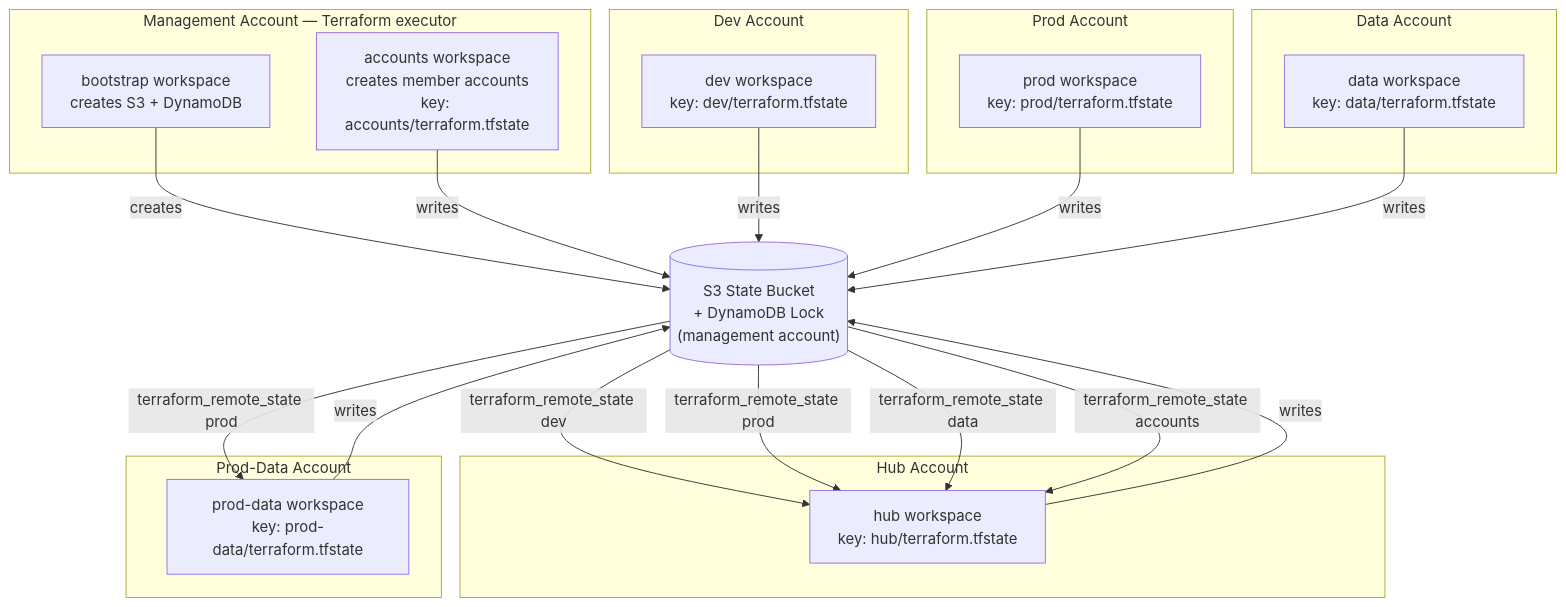
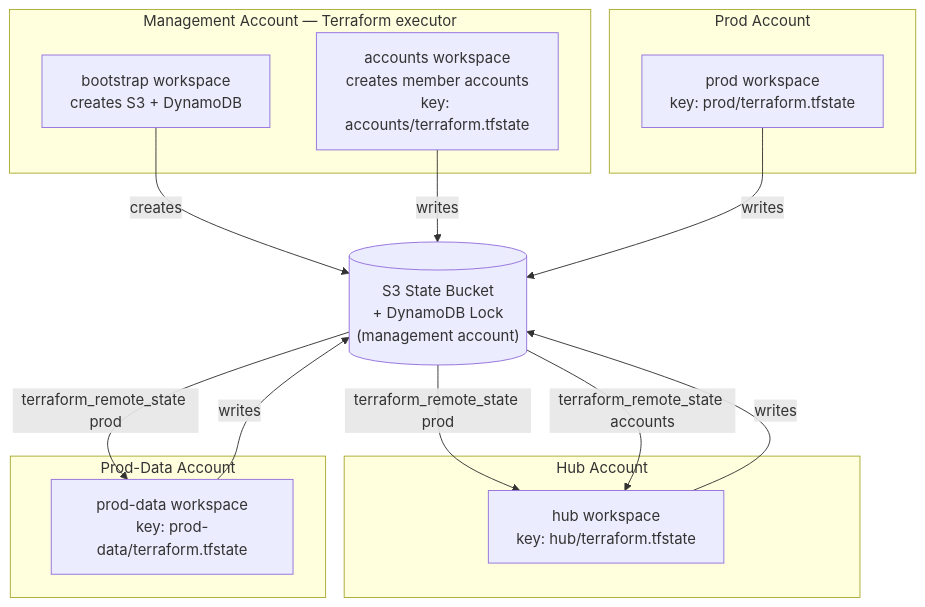
One commit to paragch/eks-hub-spoke changed the second of 13 diagrams in docs/low-level-design.md. Above: the diagram before and after it, drawn with Mermaid. The commit also changed other lines of this file and 40 other files, not shown here.

First line of the commit message:
Remove dev and data accounts; simplify to hub + prod + prod-data

````diff
--- a/docs/low-level-design.md
+++ b/docs/low-level-design.md
@@ -71,43 +61,31 @@
 ```mermaid
 graph TD
   S3[("S3 State Bucket<br/>+ DynamoDB Lock<br/>(management account)")]
 
   subgraph mgmt["Management Account — Terraform executor"]
     WS_BOOT["bootstrap workspace<br/>creates S3 + DynamoDB"]
     WS_ACCT["accounts workspace<br/>creates member accounts<br/>key: accounts/terraform.tfstate"]
   end
 
   subgraph hub_acc["Hub Account"]
     WS_HUB["hub workspace<br/>key: hub/terraform.tfstate"]
   end
 
-  subgraph dev_acc["Dev Account"]
-    WS_DEV["dev workspace<br/>key: dev/terraform.tfstate"]
-  end
-
   subgraph prod_acc["Prod Account"]
     WS_PROD["prod workspace<br/>key: prod/terraform.tfstate"]
-  end
-
-  subgraph data_acc["Data Account"]
-    WS_DATA["data workspace<br/>key: data/terraform.tfstate"]
   end
 
   subgraph prod_data_acc["Prod-Data Account"]
     WS_PROD_DATA["prod-data workspace<br/>key: prod-data/terraform.tfstate"]
   end
 
   WS_BOOT -->|creates| S3
   WS_ACCT -->|writes| S3
-  WS_DEV  -->|writes| S3
   WS_PROD -->|writes| S3
-  WS_DATA -->|writes| S3
   WS_HUB  -->|writes| S3
   WS_PROD_DATA -->|writes| S3
 
-  S3 -->|terraform_remote_state dev| WS_HUB
   S3 -->|terraform_remote_state prod| WS_HUB
-  S3 -->|terraform_remote_state data| WS_HUB
   S3 -->|terraform_remote_state accounts| WS_HUB
   S3 -->|terraform_remote_state prod| WS_PROD_DATA
 ```
````
